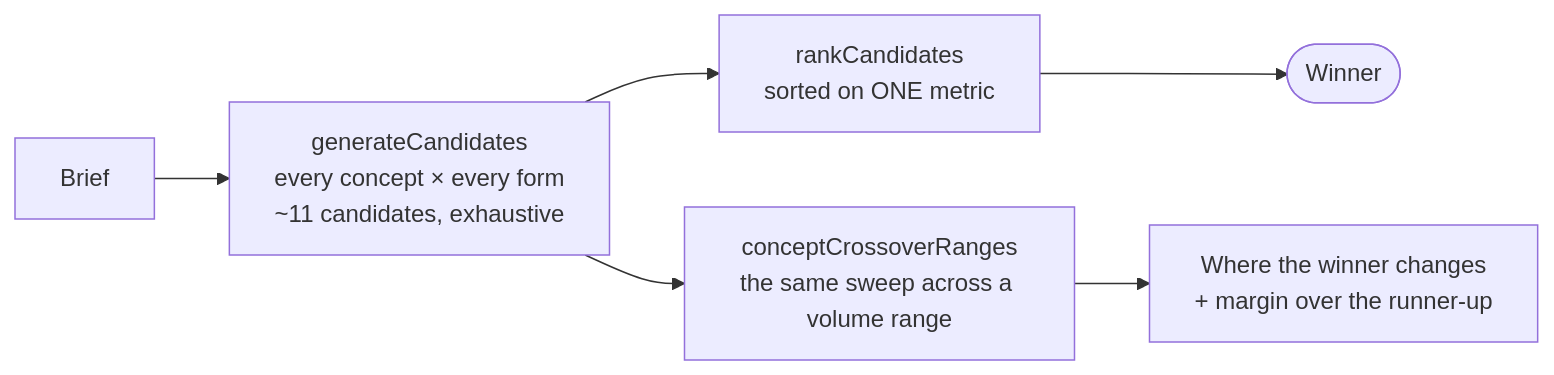
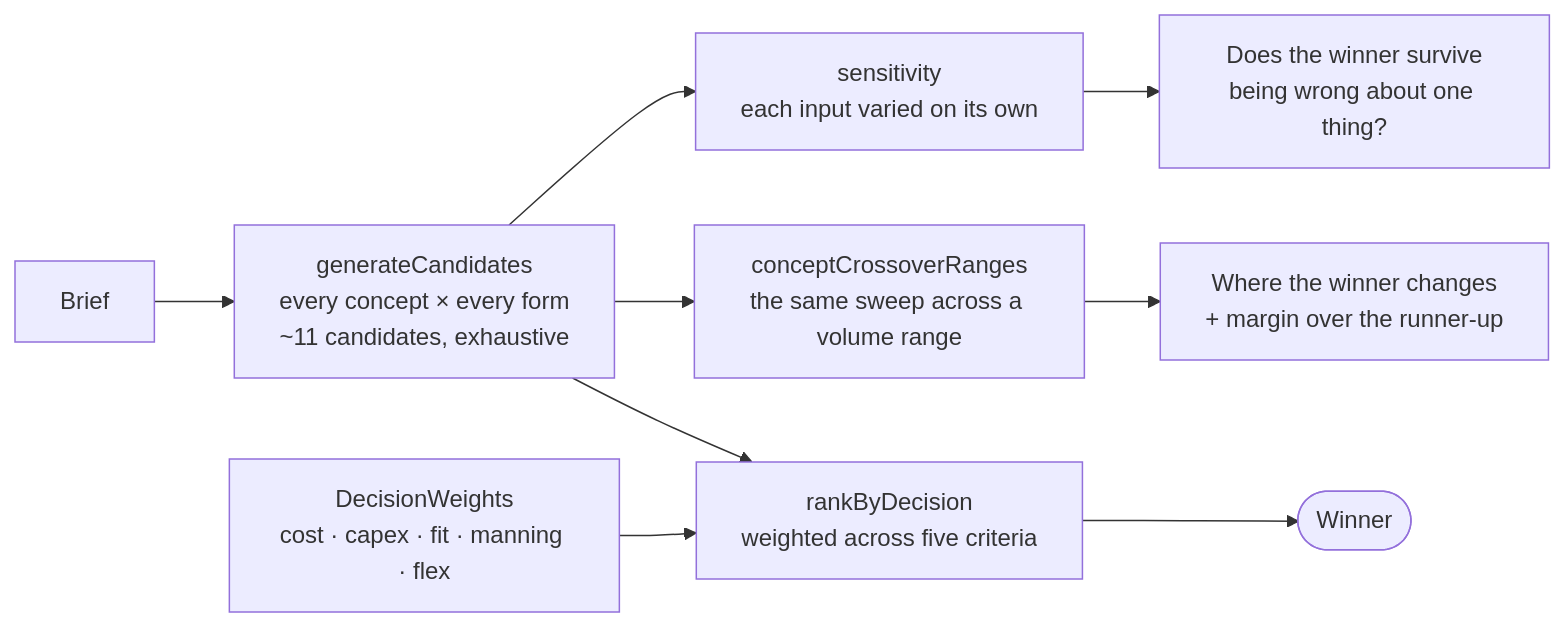
One commit to jakobgabriel/genai4floorplans changed the fifth of 7 diagrams in docs/app-map.md. Above: the diagram before and after it, drawn with Mermaid. The commit also changed other lines of this file and 14 other files, not shown here.

First line of the commit message:
Weighted ranking, sensitivity, and concepts for the cell you have

````diff
--- a/docs/app-map.md
+++ b/docs/app-map.md
@@ -197,8 +199,11 @@
 ```mermaid
 flowchart LR
   B[Brief] --> S["generateCandidates<br/>every concept × every form<br/>~11 candidates, exhaustive"]
-  S --> R["rankCandidates<br/>sorted on ONE metric"]
-  R --> W([Winner])
+  S --> R["rankByDecision<br/>weighted across five criteria"]
+  R --> W(["Winner"])
   S --> X["conceptCrossoverRanges<br/>the same sweep across a volume range"]
   X --> SEG[Where the winner changes<br/>+ margin over the runner-up]
+  S --> SN["sensitivity<br/>each input varied on its own"]
+  SN --> FR[Does the winner survive<br/>being wrong about one thing?]
+  W2["DecisionWeights<br/>cost · capex · fit · manning · flex"] --> R
 ```
````
